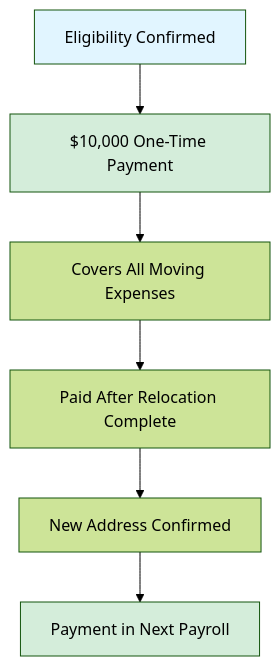
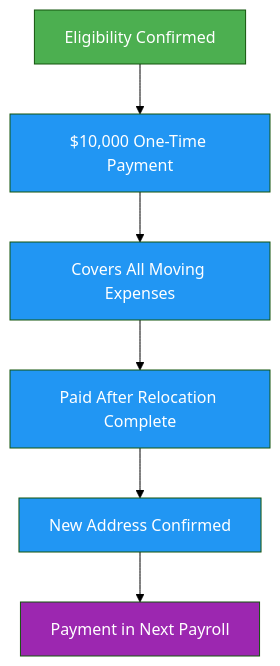
One commit to ultralytics/handbook changed the diagram in docs/en/finance/relocation.md. Above: the diagram before and after it, drawn with Mermaid (forest theme). The commit also changed 16 other files, not shown here.

Commit message:
Standardize Mermaid diagram colors (#302)

````diff
--- a/docs/en/finance/relocation.md
+++ b/docs/en/finance/relocation.md
@@ -58,12 +58,12 @@
 ```mermaid
 graph TD
-    A[Eligibility Confirmed] --> B[$10,000 One-Time Payment]
-    B --> C[Covers All Moving Expenses]
-    C --> D[Paid After Relocation Complete]
-    D --> E[New Address Confirmed]
-    E --> F[Payment in Next Payroll]
+    A[Eligibility Confirmed]:::start --> B[$10,000 One-Time Payment]:::proc
+    B --> C[Covers All Moving Expenses]:::proc
+    C --> D[Paid After Relocation Complete]:::proc
+    D --> E[New Address Confirmed]:::proc
+    E --> F[Payment in Next Payroll]:::out
 
-    style A fill:#e1f5ff
-    style B fill:#d4edda
-    style F fill:#d4edda
+    classDef start fill:#4CAF50,color:#fff
+    classDef proc fill:#2196F3,color:#fff
+    classDef out fill:#9C27B0,color:#fff
 ```
````
